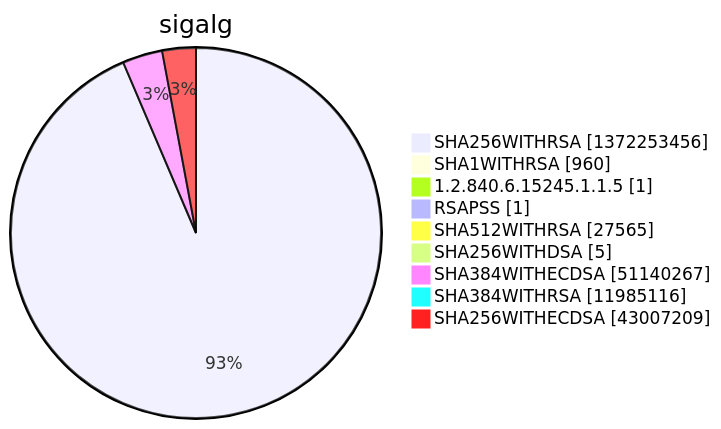
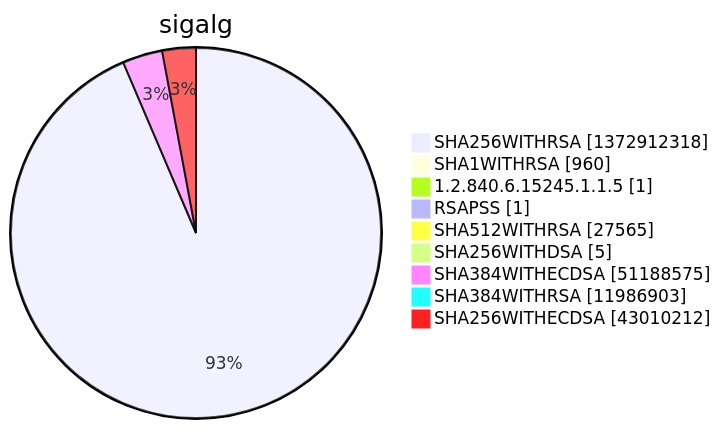
Diagram 15 of 15 in argon2022/README.md (christiankrug/ctmonitor_visualization), drawn with Mermaid before and after one commit. The commit also changed other lines of this file, not shown here.

````diff
--- a/argon2022/README.md
+++ b/argon2022/README.md
@@ -5524,13 +5524,13 @@
 ```mermaid
 pie showData
 title sigalg
-"SHA256WITHRSA" :1372253456
+"SHA256WITHRSA" :1372912318
 "SHA1WITHRSA" :960
 "1.2.840.6.15245.1.1.5" :1
 "RSAPSS" :1
 "SHA512WITHRSA" :27565
 "SHA256WITHDSA" :5
-"SHA384WITHECDSA" :51140267
-"SHA384WITHRSA" :11985116
-"SHA256WITHECDSA" :43007209
+"SHA384WITHECDSA" :51188575
+"SHA384WITHRSA" :11986903
+"SHA256WITHECDSA" :43010212
 ```
````
